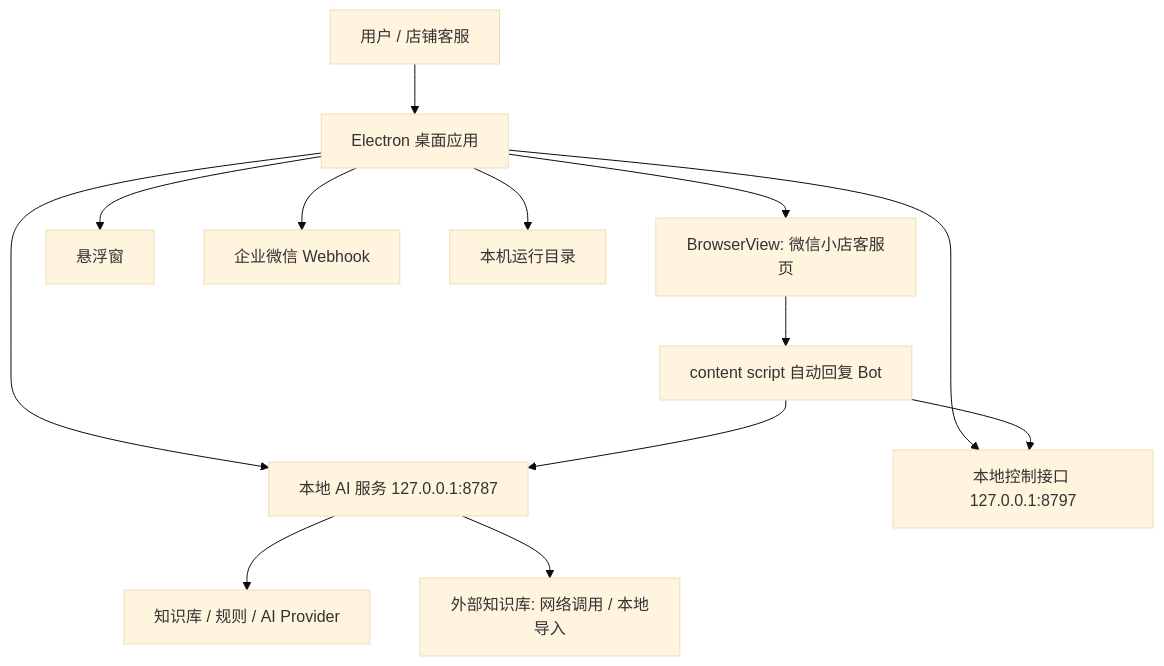
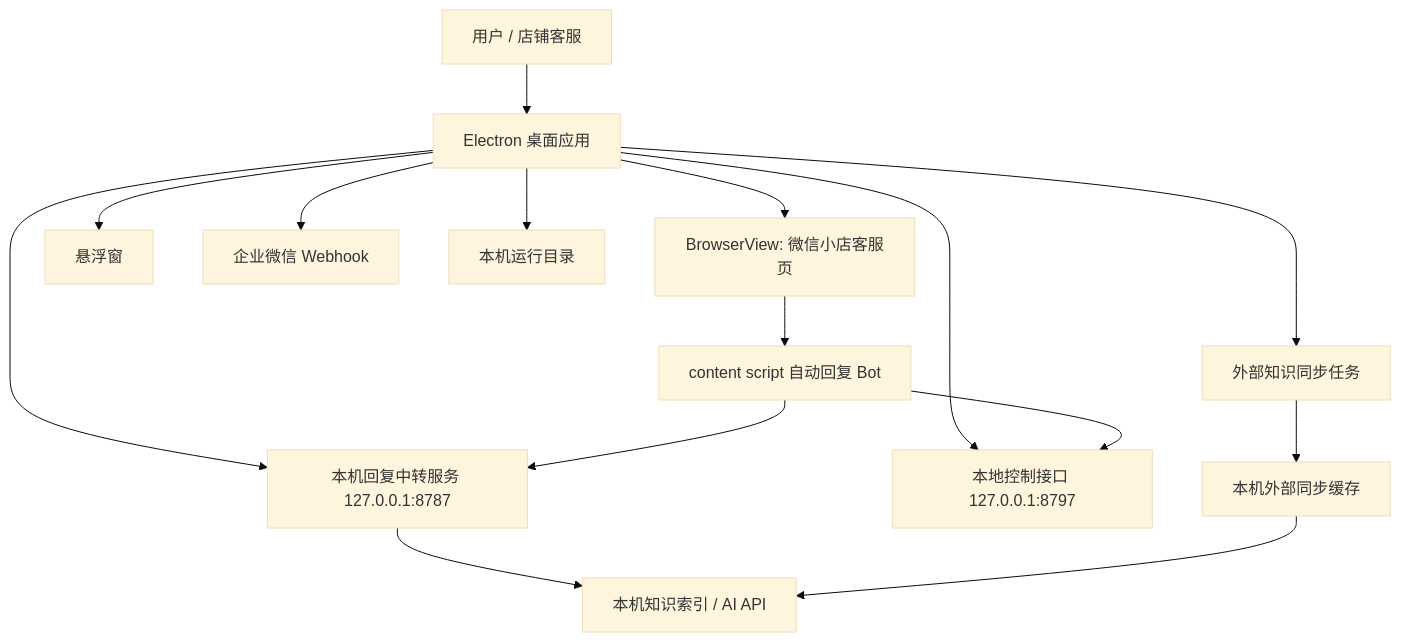
Before and after one commit to JahanHe/wechat-autoreply: the diagram in ARCHITECTURE.md, drawn with Mermaid (base theme). The commit also changed other lines of this file and 32 other files, not shown here.

````diff
--- a/ARCHITECTURE.md
+++ b/ARCHITECTURE.md
@@ -42,15 +42,17 @@
 ```mermaid
 flowchart TD
   U["用户 / 店铺客服"] --> A["Electron 桌面应用"]
   A --> W["BrowserView: 微信小店客服页"]
   A --> F["悬浮窗"]
-  A --> L["本地 AI 服务 127.0.0.1:8787"]
+  A --> L["本机回复中转服务 127.0.0.1:8787"]
   A --> C["本地控制接口 127.0.0.1:8797"]
   W --> B["content script 自动回复 Bot"]
   B --> C
   B --> L
-  L --> K["知识库 / 规则 / AI Provider"]
-  L --> R["外部知识库: 网络调用 / 本地导入"]
+  L --> K["本机知识索引 / AI API"]
+  A --> R["外部知识同步任务"]
+  R --> X["本机外部同步缓存"]
+  X --> K
   A --> H["企业微信 Webhook"]
   A --> S["本机运行目录"]
 ```
````
